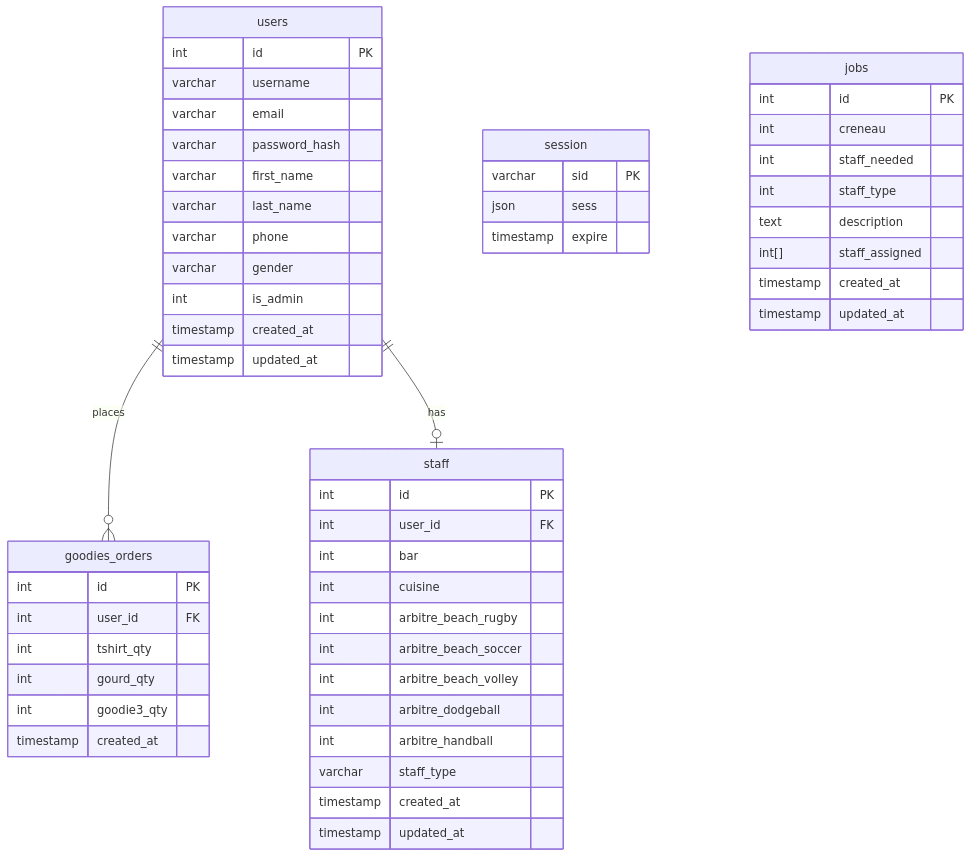
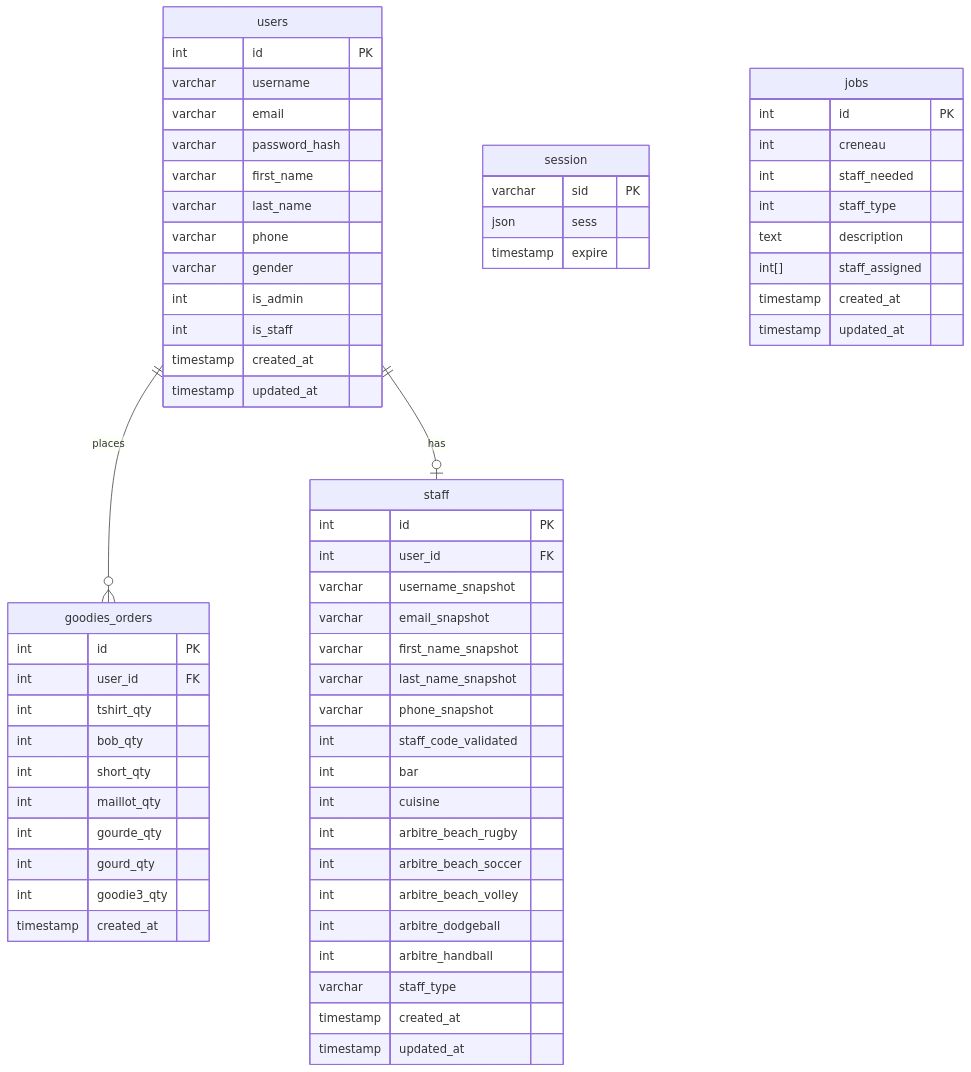
The diagram in secure-login/schema.mmd (cyril0369/logistique_msb_project), drawn with Mermaid before and after one commit. The commit also changed 31 other files, not shown here.

```diff
--- a/secure-login/schema.mmd
+++ b/secure-login/schema.mmd
@@ -1,58 +1,69 @@
 erDiagram
   users {
     int id PK
     varchar username
     varchar email
     varchar password_hash
     varchar first_name
     varchar last_name
     varchar phone
     varchar gender
     int is_admin
+    int is_staff
     timestamp created_at
     timestamp updated_at
   }
 
   session {
     varchar sid PK
     json sess
     timestamp expire
   }
 
   goodies_orders {
     int id PK
     int user_id FK
     int tshirt_qty
+    int bob_qty
+    int short_qty
+    int maillot_qty
+    int gourde_qty
     int gourd_qty
     int goodie3_qty
     timestamp created_at
   }
 
   staff {
     int id PK
     int user_id FK
+    varchar username_snapshot
+    varchar email_snapshot
+    varchar first_name_snapshot
+    varchar last_name_snapshot
+    varchar phone_snapshot
+    int staff_code_validated
     int bar
     int cuisine
     int arbitre_beach_rugby
     int arbitre_beach_soccer
     int arbitre_beach_volley
     int arbitre_dodgeball
     int arbitre_handball
     varchar staff_type
     timestamp created_at
     timestamp updated_at
   }
 
   jobs {
     int id PK
     int creneau
     int staff_needed
     int staff_type
     text description
     int[] staff_assigned
     timestamp created_at
     timestamp updated_at
   }
 
   users ||--o{ goodies_orders : places
   users ||--o| staff : has
```
